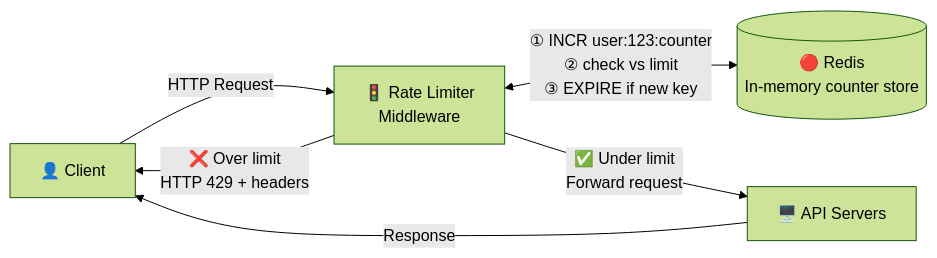
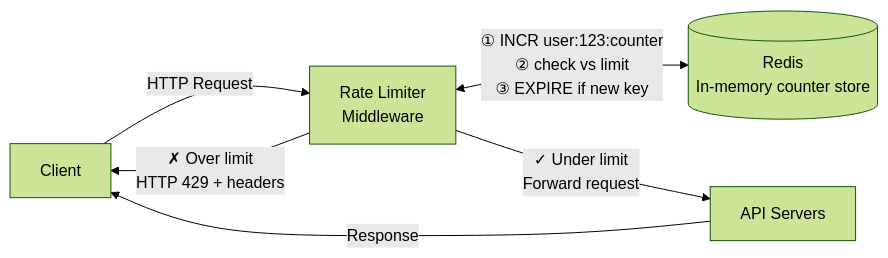
Before and after one commit to devops-monk/system-design-blog: diagram 15 of 26 in content/posts/2026/design-a-rate-limiter.md, drawn with Mermaid (forest theme). The commit also changed other lines of this file and 5 other files, not shown here.

````diff
--- a/content/posts/2026/design-a-rate-limiter.md
+++ b/content/posts/2026/design-a-rate-limiter.md
@@ -578,11 +567,11 @@
 ```mermaid
 graph LR
-    CLIENT["👤 Client"] -->|HTTP Request| RL["🚦 Rate Limiter\nMiddleware"]
+    CLIENT["Client"] -->|HTTP Request| RL["Rate Limiter\nMiddleware"]
     
-    RL <-->|"① INCR user:123:counter\n② check vs limit\n③ EXPIRE if new key"| REDIS[("🔴 Redis\nIn-memory counter store")]
+    RL <-->|"① INCR user:123:counter\n② check vs limit\n③ EXPIRE if new key"| REDIS[("Redis\nIn-memory counter store")]
     
-    RL -->|"✅ Under limit\nForward request"| API["🖥️ API Servers"]
-    RL -->|"❌ Over limit\nHTTP 429 + headers"| CLIENT
+    RL -->|"✓ Under limit\nForward request"| API["API Servers"]
+    RL -->|"✗ Over limit\nHTTP 429 + headers"| CLIENT
     
     API -->|Response| CLIENT
 ```
````
